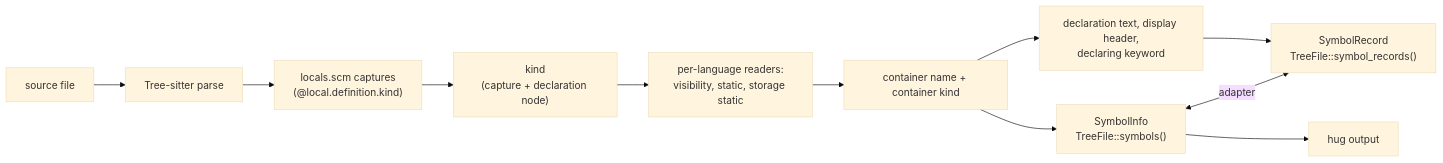
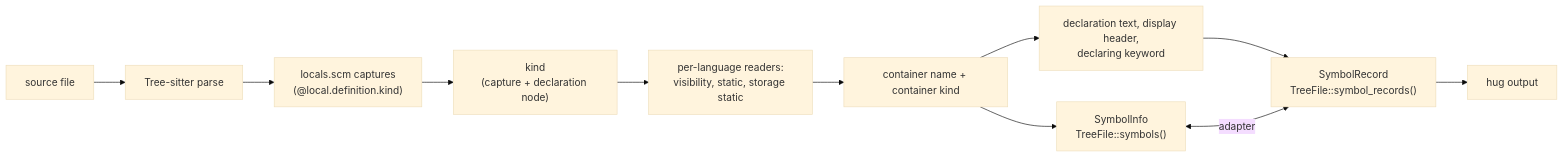
The first of 3 diagrams in tree-hugger/docs/symbol-kinds-and-visibility.md (yankeeinlondon/rusty-biscuit), drawn with Mermaid (base theme) before and after one commit. The commit also changed other lines of this file and 5 other files, not shown here.

````diff
--- a/tree-hugger/docs/symbol-kinds-and-visibility.md
+++ b/tree-hugger/docs/symbol-kinds-and-visibility.md
@@ -25,13 +25,13 @@
 ```mermaid
 flowchart LR
     SRC[source file] --> PARSE[Tree-sitter parse]
     PARSE --> QUERY["locals.scm captures<br/>(@local.definition.kind)"]
     QUERY --> KIND["kind<br/>(capture + declaration node)"]
     KIND --> READERS["per-language readers:<br/>visibility, static, storage static"]
     READERS --> CONT["container name + container kind"]
     CONT --> HEADER["declaration text, display header,<br/>declaring keyword"]
     CONT --> V1["SymbolInfo<br/>TreeFile::symbols()"]
     HEADER --> V2["SymbolRecord<br/>TreeFile::symbol_records()"]
     V1 <-->|adapter| V2
-    V1 --> CLI["hug output"]
+    V2 --> CLI["hug output"]
 ```
````
